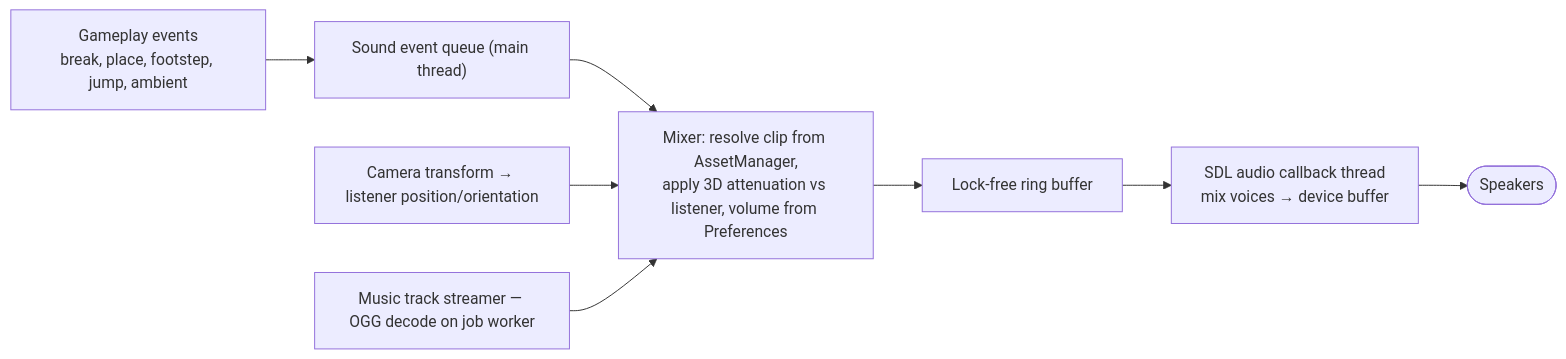
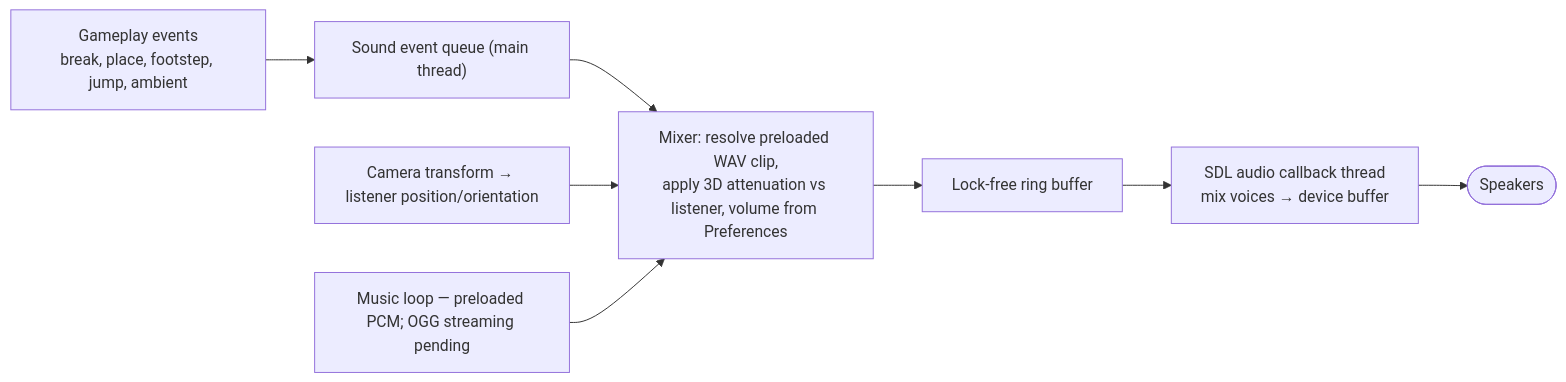
Before and after one commit to GoGurtPrime/voxels: diagram 15 of 15 in DIAGRAMS.md, drawn with Mermaid. The commit also changed 44 other files, not shown here.

````diff
--- a/DIAGRAMS.md
+++ b/DIAGRAMS.md
@@ -465,10 +465,10 @@
 ```mermaid
 flowchart LR
     EV["Gameplay events<br/>break, place, footstep, jump, ambient"] --> Q["Sound event queue (main thread)"]
-    Q --> MIX["Mixer: resolve clip from AssetManager,<br/>apply 3D attenuation vs listener, volume from Preferences"]
+    Q --> MIX["Mixer: resolve preloaded WAV clip,<br/>apply 3D attenuation vs listener, volume from Preferences"]
     MIX --> RING["Lock-free ring buffer"]
     RING --> CB["SDL audio callback thread<br/>mix voices → device buffer"]
     CB --> OUT([Speakers])
     LIS["Camera transform → listener position/orientation"] --> MIX
-    MUS["Music track streamer — OGG decode on job worker"] --> MIX
+    MUS["Music loop — preloaded PCM; OGG streaming pending"] --> MIX
 ```
````
